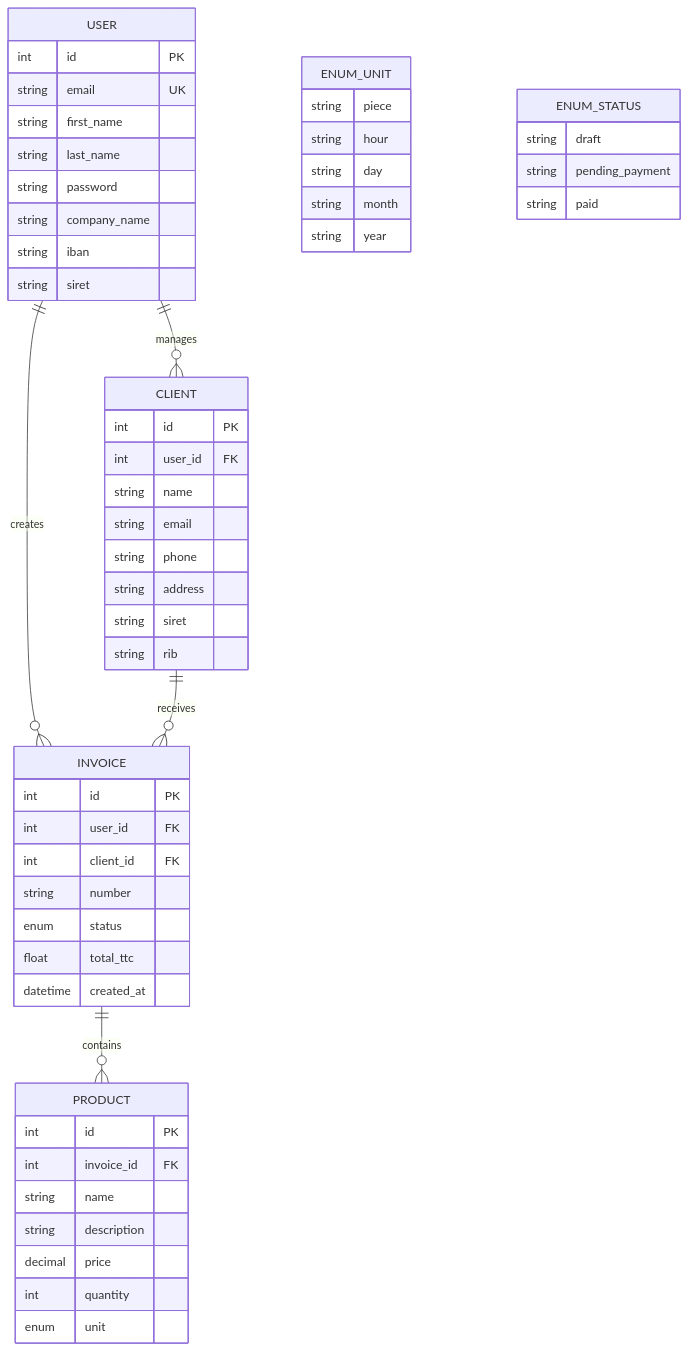
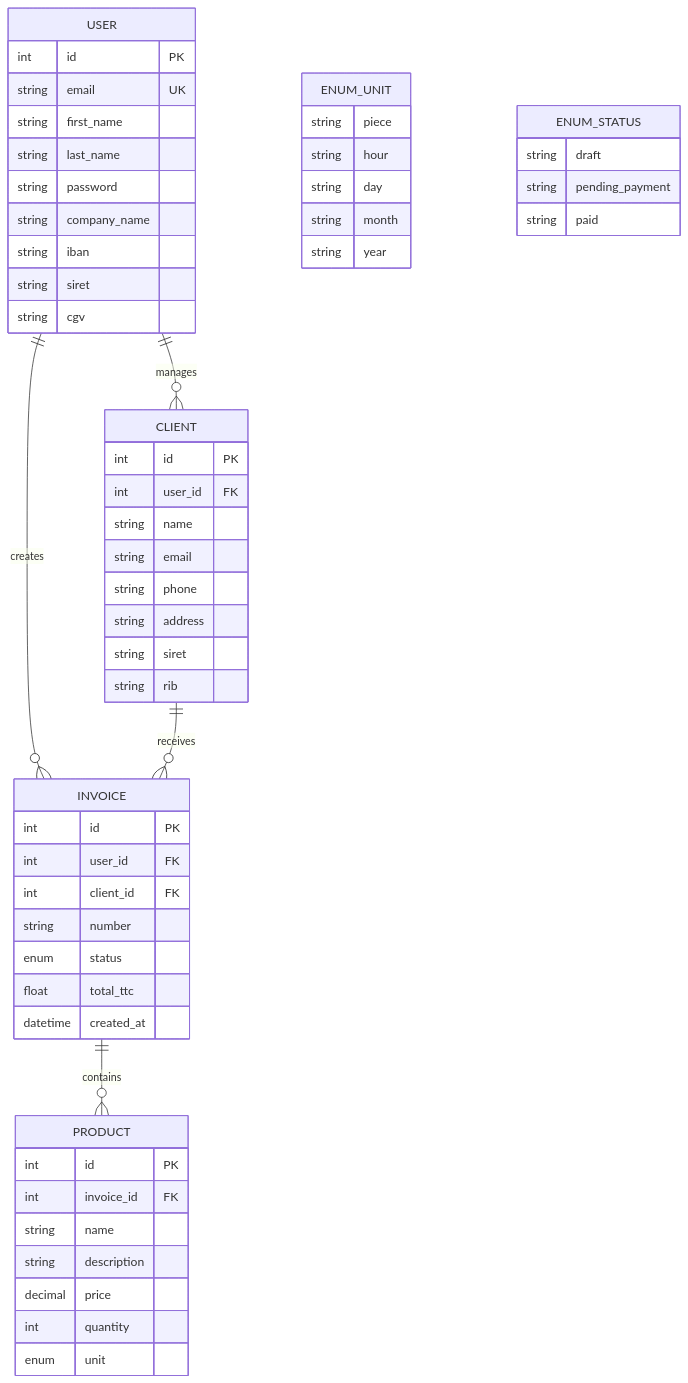
One commit to CHAOUCHI/cdpi-dwwm changed the diagram in Phase 3 - Symfony Docker et Test/Symfony/Projets/2. SaaSFacturation/uml.md. Above: the diagram before and after it, drawn with Mermaid. The commit also changed other lines of this file, not shown here.

````diff
--- a/Phase 3 - Symfony Docker et Test/Symfony/Projets/2. SaaSFacturation/uml.md
+++ b/Phase 3 - Symfony Docker et Test/Symfony/Projets/2. SaaSFacturation/uml.md
@@ -1,59 +2,60 @@
 ```mermaid
 erDiagram
 USER ||--o{ INVOICE : creates
 USER ||--o{ CLIENT : manages
 CLIENT ||--o{ INVOICE : receives
 INVOICE ||--o{ PRODUCT : contains
 INVOICE {
     int id PK
     int user_id FK
     int client_id FK
     string number
     enum status
     float total_ttc
     datetime created_at
 }
 USER {
     int id PK
     string email UK
     string first_name
     string last_name
     string password
     string company_name
     string iban
     string siret
+    string cgv
 }
 CLIENT {
     int id PK
     int user_id FK
     string name
     string email
     string phone
     string address
     string siret
     string rib
 }
 PRODUCT {
     int id PK
     int invoice_id FK
     string name
     string description
     decimal price
     int quantity
     enum unit 
 }
 
 ENUM_UNIT {
     string piece
     string hour
     string day
     string month
     string year
 }
 
 ENUM_STATUS {
     string draft
     string pending_payment
     string paid
 }
 ```
````
